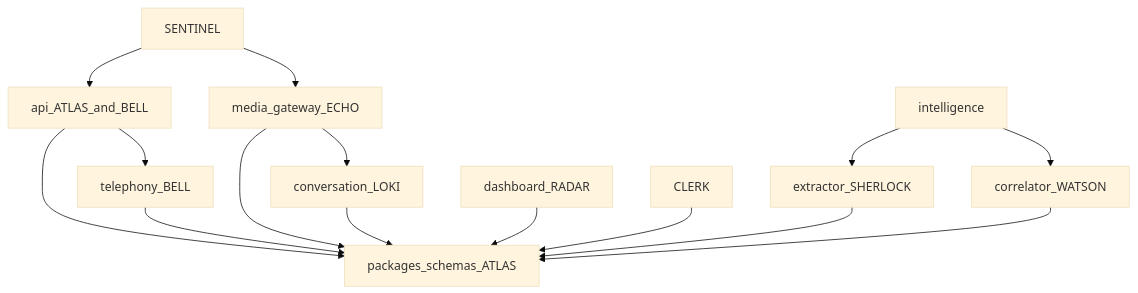
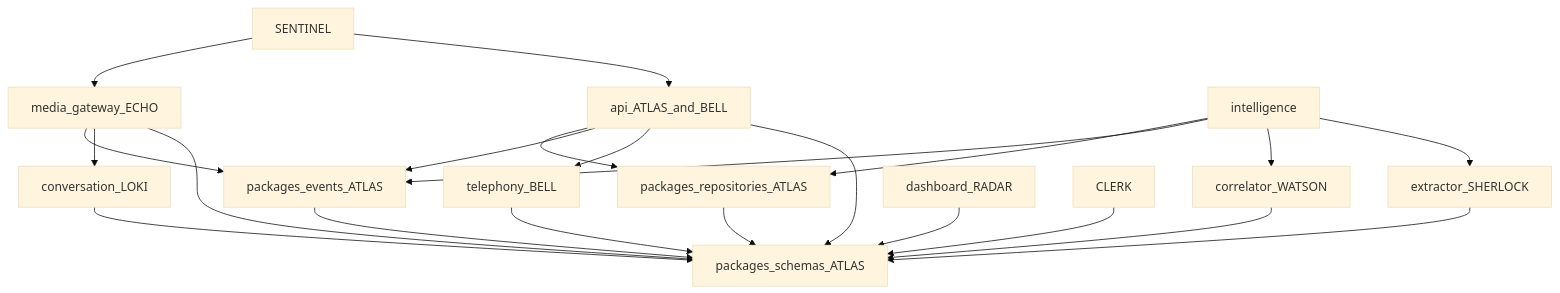
Before and after one commit to jscottwillems/switchboard: the diagram in docs/STATUS.md, drawn with Mermaid (base theme). The commit also changed other lines of this file and 37 other files, not shown here.

````diff
--- a/docs/STATUS.md
+++ b/docs/STATUS.md
@@ -48,29 +50,38 @@
 ```mermaid
 flowchart TD
   schemas[packages_schemas_ATLAS]
+  events[packages_events_ATLAS]
+  repos[packages_repositories_ATLAS]
   tel[telephony_BELL]
   conv[conversation_LOKI]
   ext[extractor_SHERLOCK]
   cor[correlator_WATSON]
   api[api_ATLAS_and_BELL]
   gw[media_gateway_ECHO]
   intel[intelligence]
   ui[dashboard_RADAR]
   sec[SENTINEL]
   clerk[CLERK]
 
   tel --> schemas
   conv --> schemas
   ext --> schemas
   cor --> schemas
+  events --> schemas
+  repos --> schemas
   api --> schemas
   api --> tel
+  api --> events
+  api --> repos
   gw --> schemas
   gw --> conv
+  gw --> events
   intel --> ext
   intel --> cor
+  intel --> events
+  intel --> repos
   ui --> schemas
   sec --> api
   sec --> gw
   clerk --> schemas
 ```
````
